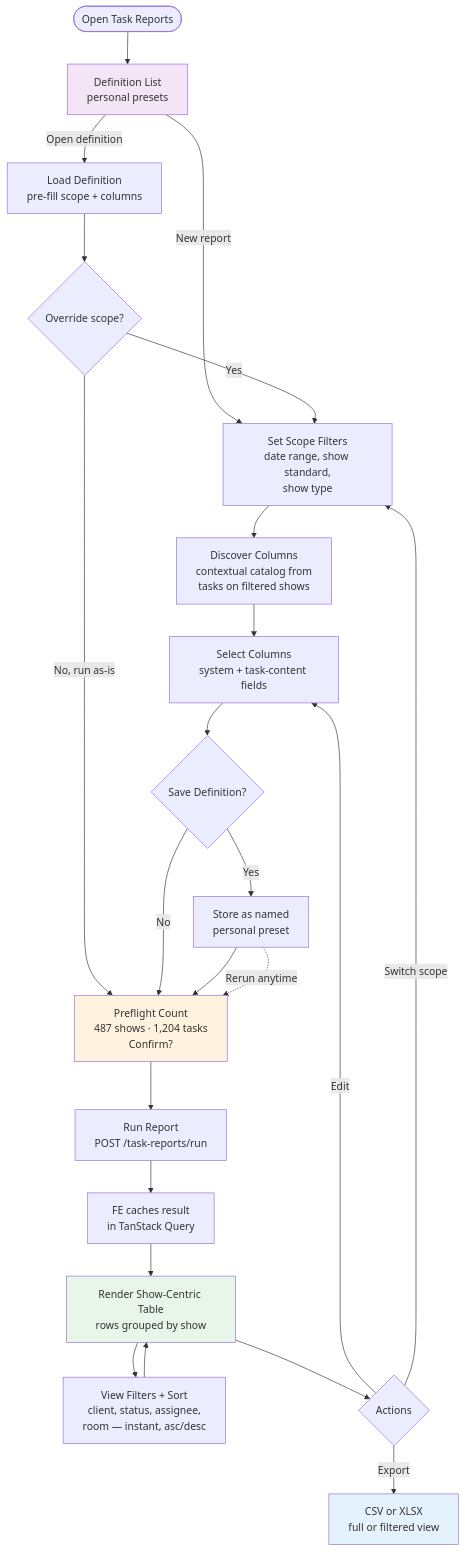
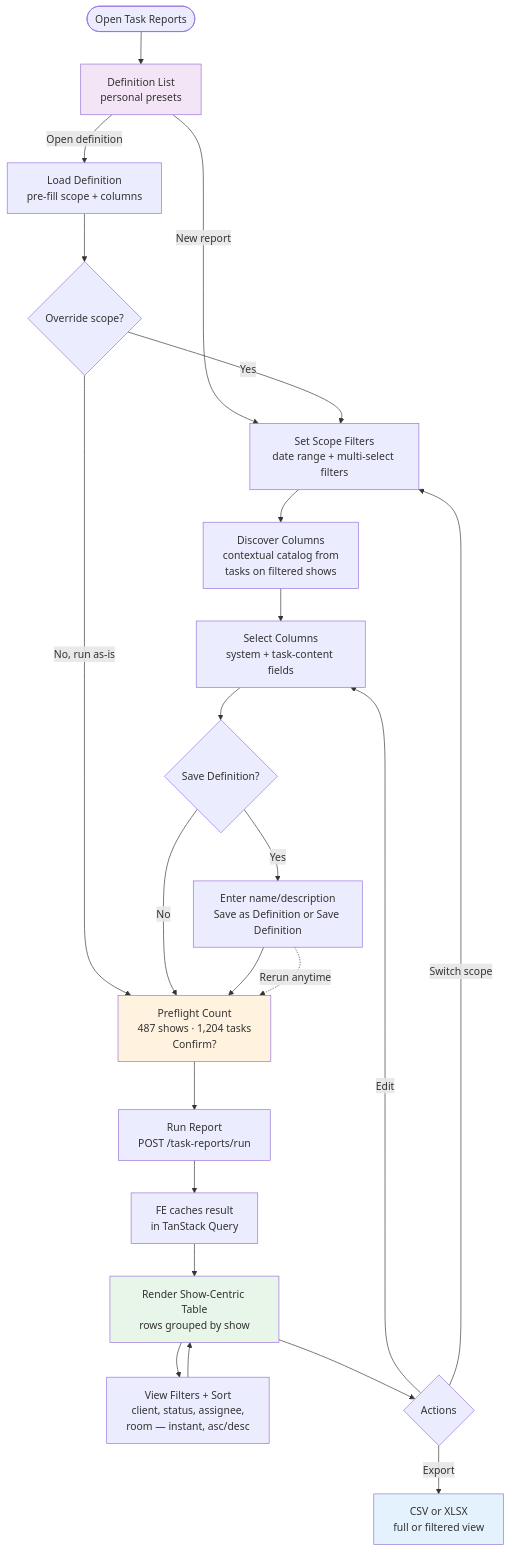
The first of 6 diagrams in apps/erify_studios/docs/design/TASK_SUBMISSION_REPORTING_DESIGN.md (allenlin90/eridu-services), drawn with Mermaid before and after one commit. The commit also changed other lines of this file and 7 other files, not shown here.

````diff
--- a/apps/erify_studios/docs/design/TASK_SUBMISSION_REPORTING_DESIGN.md
+++ b/apps/erify_studios/docs/design/TASK_SUBMISSION_REPORTING_DESIGN.md
@@ -59,33 +59,33 @@
 ```mermaid
 flowchart TD
     START([Open Task Reports]) --> LANDING[Definition List<br/>personal presets]
-    LANDING -->|New report| FILTER[Set Scope Filters<br/>date range, show standard,<br/>show type]
+    LANDING -->|New report| FILTER[Set Scope Filters<br/>date range + multi-select filters]
     LANDING -->|Open definition| LOAD[Load Definition<br/>pre-fill scope + columns]
     LOAD --> PREFILLED{Override scope?}
     PREFILLED -->|Yes| FILTER
     PREFILLED -->|No, run as-is| PRE
 
     FILTER --> DISCOVER[Discover Columns<br/>contextual catalog from<br/>tasks on filtered shows]
     DISCOVER --> COLUMNS[Select Columns<br/>system + task-content fields]
     COLUMNS --> SAVE{Save Definition?}
-    SAVE -->|Yes| DEF[Store as named<br/>personal preset]
+    SAVE -->|Yes| DEF[Enter name/description<br/>Save as Definition or Save Definition]
     SAVE -->|No| PRE
     DEF --> PRE[Preflight Count<br/>487 shows · 1,204 tasks<br/>Confirm?]
     PRE --> RUN[Run Report<br/>POST /task-reports/run]
     RUN --> RESULT[FE caches result<br/>in TanStack Query]
     RESULT --> TABLE[Render Show-Centric Table<br/>rows grouped by show]
 
     TABLE --> VIEW[View Filters + Sort<br/>client, status, assignee,<br/>room — instant, asc/desc]
     VIEW --> TABLE
 
     TABLE --> ACTIONS{Actions}
     ACTIONS -->|Export| EXPORT[CSV or XLSX<br/>full or filtered view]
     ACTIONS -->|Edit| COLUMNS
     ACTIONS -->|Switch scope| FILTER
     DEF -.->|Rerun anytime| PRE
 
     style TABLE fill:#e8f5e9
     style EXPORT fill:#e3f2fd
     style LANDING fill:#f3e5f5
     style PRE fill:#fff3e0
 ```
````
